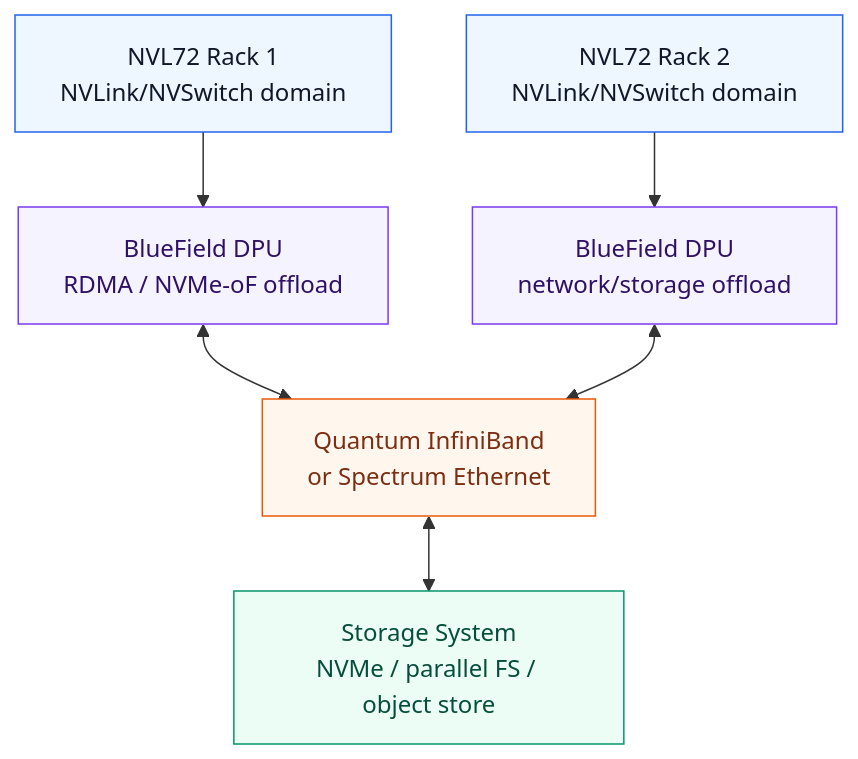
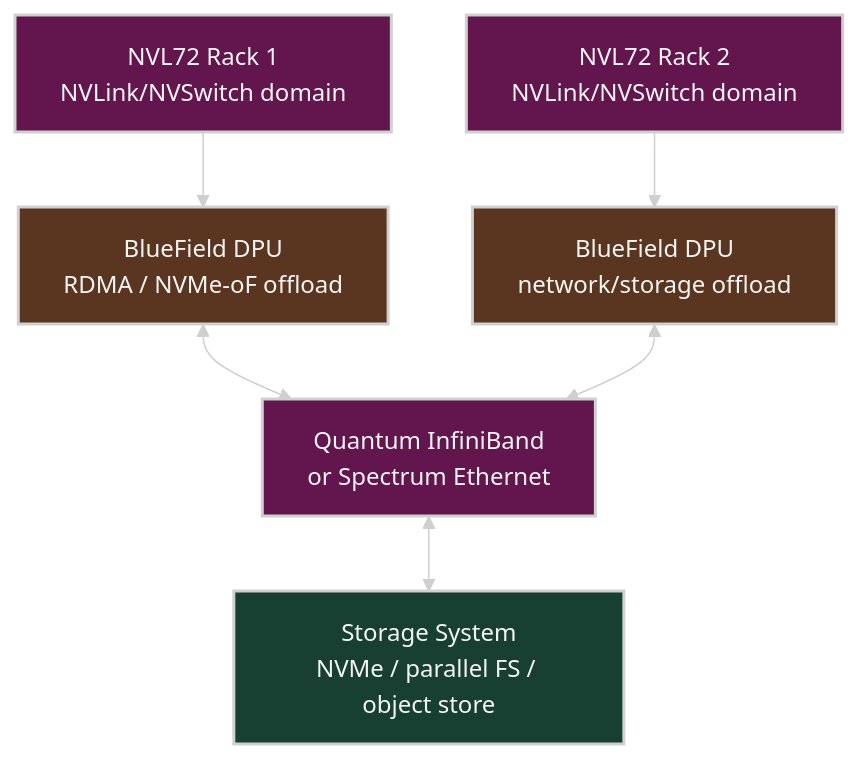
Before and after one commit to ziwon/ai-data-center-network: diagram 13 of 15 in ai-system-performance-engineering/chap02/README.md, drawn with Mermaid. The commit also changed other lines of this file and 35 other files, not shown here.

Commit message:
docs(mermaid): apply dark diagram style

````diff
--- a/ai-system-performance-engineering/chap02/README.md
+++ b/ai-system-performance-engineering/chap02/README.md
@@ -661,20 +673,21 @@
 ```mermaid
+%%{init: {"theme": "base", "themeVariables": {"background": "#171717", "primaryColor": "#232323", "primaryTextColor": "#f5f5f5", "primaryBorderColor": "#d0d0d0", "lineColor": "#cfcfcf", "fontFamily": "Inter, Arial, sans-serif"}}}%%
 flowchart TB
-    classDef rack fill:#eef6ff,stroke:#2563eb,color:#0f172a
-    classDef net fill:#fff7ed,stroke:#ea580c,color:#7c2d12
-    classDef dpu fill:#f5f3ff,stroke:#7c3aed,color:#2e1065
-    classDef storage fill:#ecfdf5,stroke:#059669,color:#064e3b
+    classDef rack fill:#62164d,stroke:#d0d0d0,color:#f5f5f5,stroke-width:2px;
+    classDef net fill:#62164d,stroke:#d0d0d0,color:#f5f5f5,stroke-width:2px;
+    classDef dpu fill:#5a3520,stroke:#d0d0d0,color:#f5f5f5,stroke-width:2px;
+    classDef storage fill:#173f32,stroke:#d0d0d0,color:#f5f5f5,stroke-width:2px;
 
     R1[NVL72 Rack 1<br/>NVLink/NVSwitch domain]:::rack
     R2[NVL72 Rack 2<br/>NVLink/NVSwitch domain]:::rack
     DPU1[BlueField DPU<br/>RDMA / NVMe-oF offload]:::dpu
     DPU2[BlueField DPU<br/>network/storage offload]:::dpu
     IB[Quantum InfiniBand<br/>or Spectrum Ethernet]:::net
     ST[Storage System<br/>NVMe / parallel FS / object store]:::storage
 
     R1 --> DPU1
     R2 --> DPU2
     DPU1 <--> IB
     DPU2 <--> IB
     IB <--> ST
 ```
````
